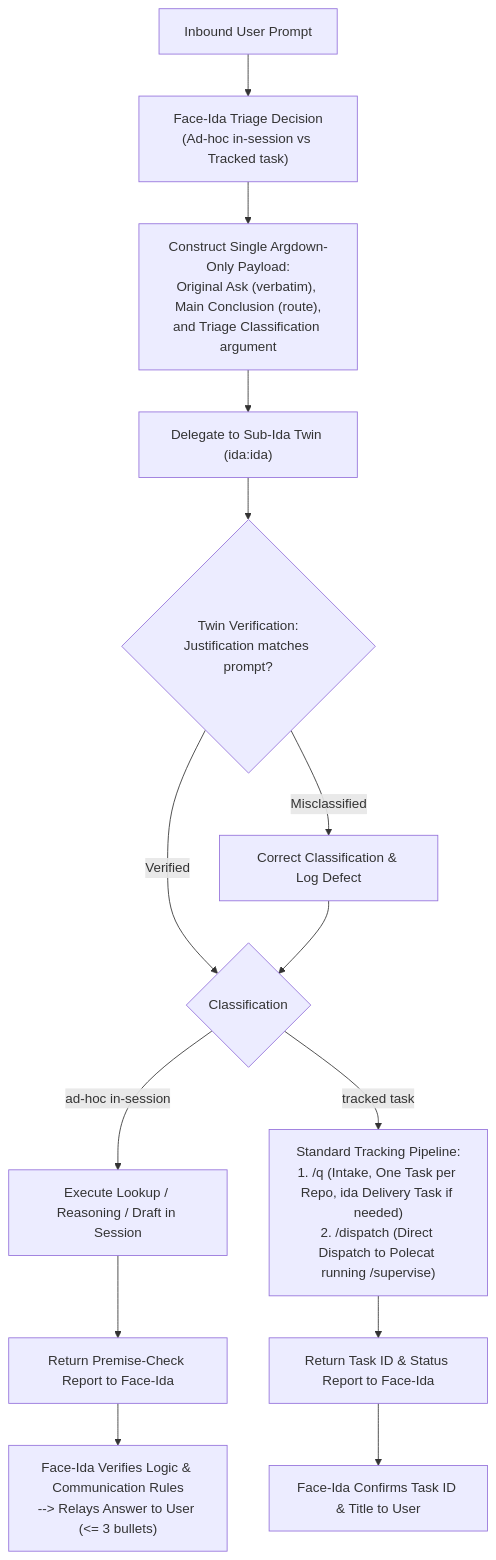
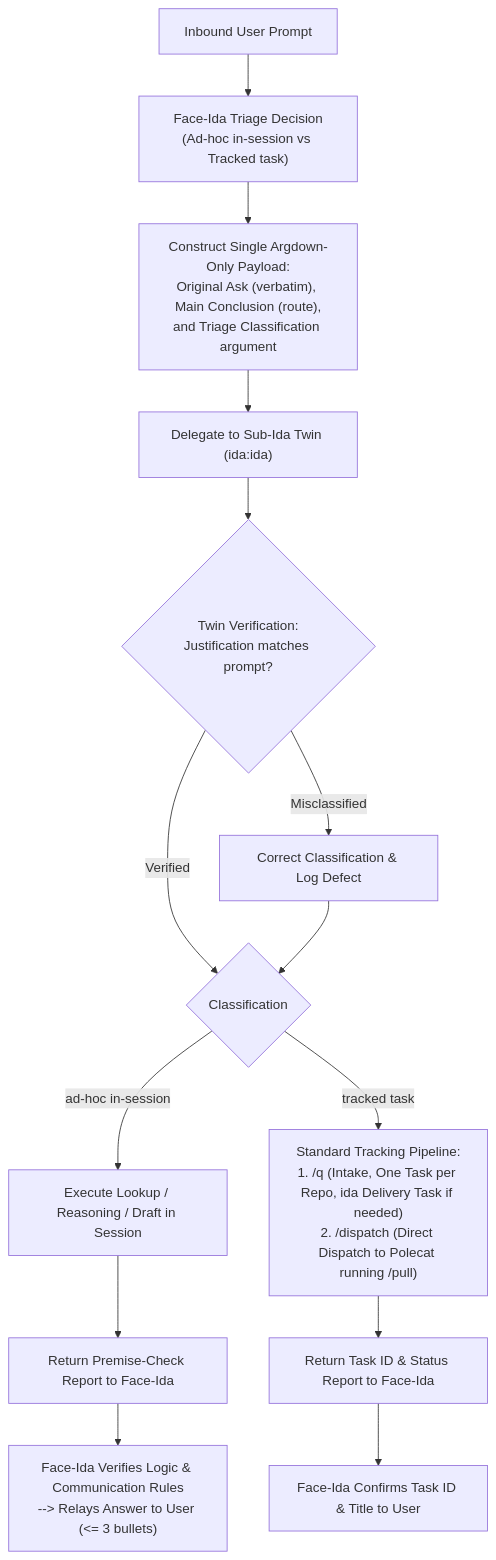
Before and after one commit to nicsuzor/academicOps: the diagram in specs/agents/face-ida-triage-and-tracked-requests.md, drawn with Mermaid. The commit also changed other lines of this file and 24 other files, not shown here.

Commit message:
refactor(ida): merge supervise into pull and add proportionate fan-out to james

````diff
--- a/specs/agents/face-ida-triage-and-tracked-requests.md
+++ b/specs/agents/face-ida-triage-and-tracked-requests.md
@@ -65,19 +65,19 @@
 ```mermaid
 flowchart TD
     UserPrompt["Inbound User Prompt"] --> FaceTriage["Face-Ida Triage Decision<br/>(Ad-hoc in-session vs Tracked task)"]
     FaceTriage --> ConstructPayload["Construct Single Argdown-Only Payload:<br/>Original Ask (verbatim), Main Conclusion (route),<br/>and Triage Classification argument"]
     ConstructPayload --> DelegateTwin["Delegate to Sub-Ida Twin (ida:ida)"]
     
     DelegateTwin --> TwinCheck{"Twin Verification:<br/>Justification matches prompt?"}
     TwinCheck -- Misclassified --> CorrectRoute["Correct Classification & Log Defect"]
     TwinCheck -- Verified --> ExecuteBranch{"Classification"}
     CorrectRoute --> ExecuteBranch
     
     ExecuteBranch -- "ad-hoc in-session" --> InSessionExec["Execute Lookup / Reasoning / Draft in Session"]
     InSessionExec --> TwinReport["Return Premise-Check Report to Face-Ida"]
     TwinReport --> FaceRelay["Face-Ida Verifies Logic & Communication Rules<br/>--> Relays Answer to User (<= 3 bullets)"]
     
-    ExecuteBranch -- "tracked task" --> Pipeline["Standard Tracking Pipeline:<br/>1. /q (Intake, One Task per Repo, ida Delivery Task if needed)<br/>2. /dispatch (Direct Dispatch to Polecat running /supervise)"]
+    ExecuteBranch -- "tracked task" --> Pipeline["Standard Tracking Pipeline:<br/>1. /q (Intake, One Task per Repo, ida Delivery Task if needed)<br/>2. /dispatch (Direct Dispatch to Polecat running /pull)"]
     Pipeline --> TaskReport["Return Task ID & Status Report to Face-Ida"]
     TaskReport --> FaceConfirm["Face-Ida Confirms Task ID & Title to User"]
 ```
````
